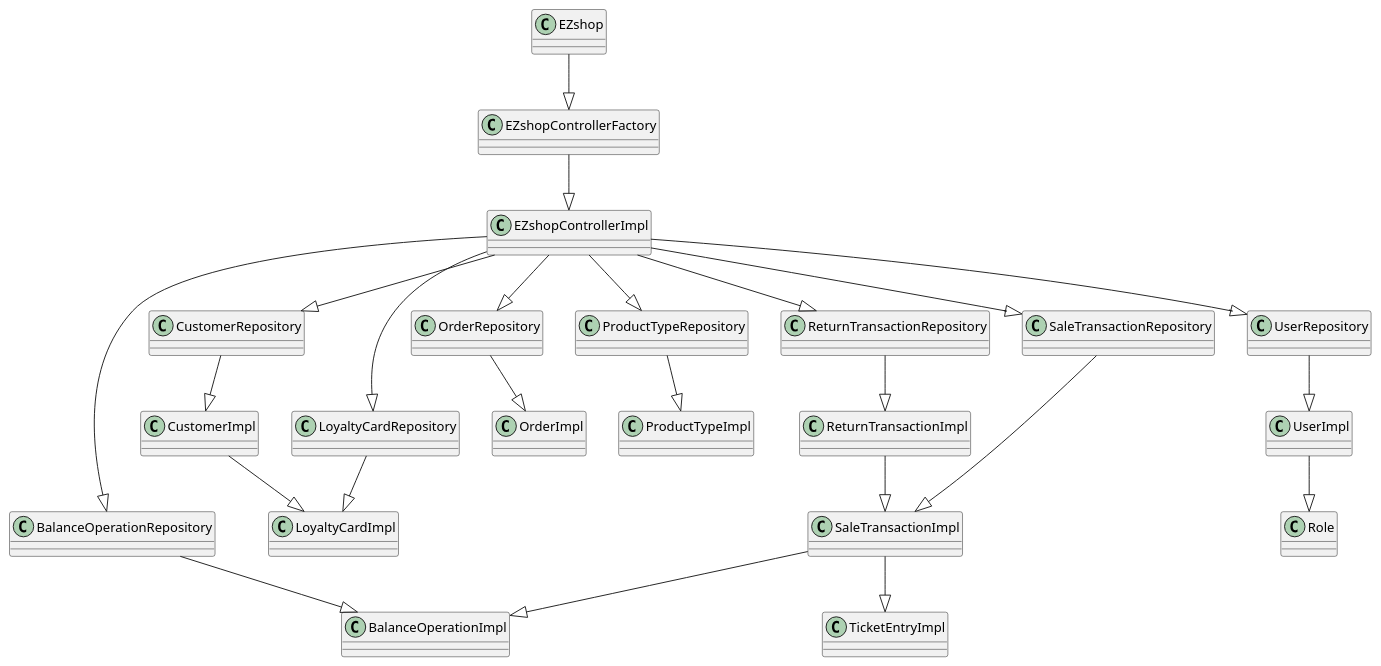
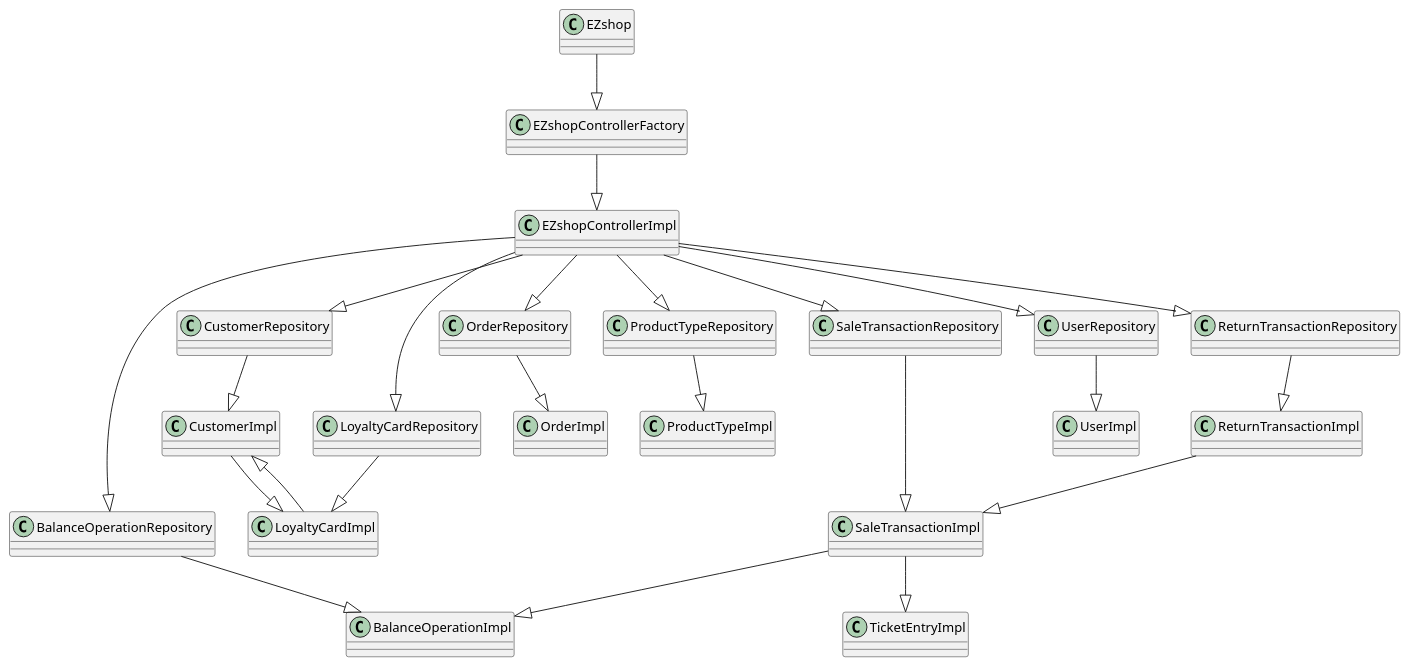
One commit to mspronesti/ezshop changed the diagram in Deliverables/IntegrationAPITestReport.md. Above: the diagram before and after it, drawn with PlantUML.

````diff
--- a/Deliverables/IntegrationAPITestReport.md
+++ b/Deliverables/IntegrationAPITestReport.md
@@ -27,80 +27,78 @@
 ```plantuml
 @startuml
 top to bottom direction
 
 class BalanceOperationImpl {
 }
 
 class BalanceOperationRepository {
 }
 
 class CustomerImpl {
 }
 
 class CustomerRepository{
 }
 
 class EZshop {
 }
 
 class EZshopControllerImpl {
 }
 
 class EZshopControllerFactory{
 }
 
 class LoyaltyCardImpl{}
 
 class LoyaltyCardRepository{}
 
 class OrderImpl{}
 
 class OrderRepository{}
 
 class ProductTypeImpl{}
 
 class ProductTypeRepository{}
 
 class ReturnTransactionImpl{}
 
 class SaleTransactionImpl{}
 
 class SaleTransactionRepository{}
 
-class Role{}
-
 class TicketEntryImpl{}
 
 class UserImpl{}
 
 class UserRepository{}
 
 BalanceOperationRepository --|> BalanceOperationImpl
 CustomerRepository --|> CustomerImpl
 LoyaltyCardRepository --|> LoyaltyCardImpl
 OrderRepository --|> OrderImpl
 ProductTypeRepository --|> ProductTypeImpl
 ReturnTransactionRepository --|> ReturnTransactionImpl
 SaleTransactionRepository --|> SaleTransactionImpl
 UserRepository --|> UserImpl
 
 CustomerImpl --|> LoyaltyCardImpl
+LoyaltyCardImpl --|> CustomerImpl
 ReturnTransactionImpl --|> SaleTransactionImpl
 SaleTransactionImpl --|> BalanceOperationImpl
 SaleTransactionImpl --|> TicketEntryImpl
-UserImpl --|> Role
 
 EZshopControllerFactory --|> EZshopControllerImpl
 EZshop --|> EZshopControllerFactory
 EZshopControllerImpl --|> BalanceOperationRepository
 EZshopControllerImpl --|> CustomerRepository
 EZshopControllerImpl --|> LoyaltyCardRepository
 EZshopControllerImpl --|> OrderRepository
 EZshopControllerImpl --|> ProductTypeRepository
 EZshopControllerImpl --|> ReturnTransactionRepository
 EZshopControllerImpl --|> SaleTransactionRepository
 EZshopControllerImpl --|>  UserRepository
 
 
 @enduml
 ```
````
